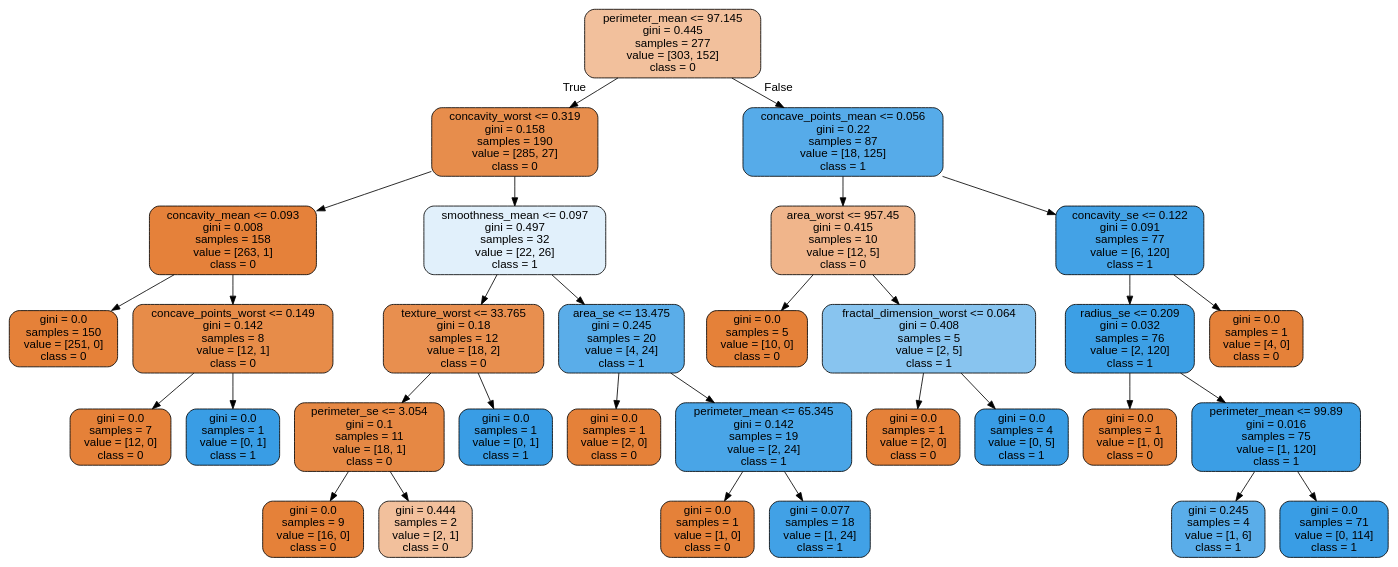
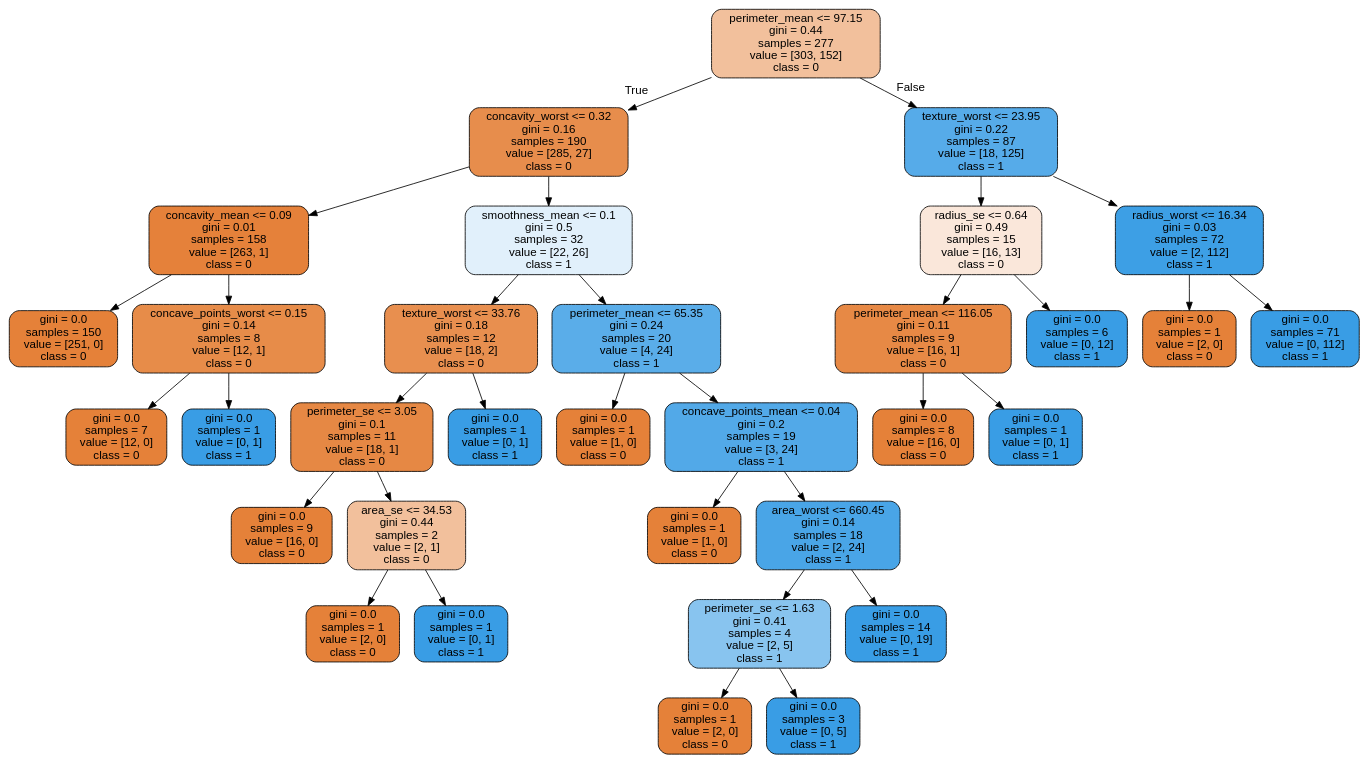
One commit to cyrilvincent/DL changed the diagram in data/breast-cancer/tree.dot. Above: the diagram before and after it, drawn with Graphviz. The commit also changed 2 other files, not shown here.

```diff
--- a/data/breast-cancer/tree.dot
+++ b/data/breast-cancer/tree.dot
@@ -1,65 +1,69 @@
 digraph Tree {
 node [shape=box, style="filled, rounded", color="black", fontname="helvetica"] ;
 edge [fontname="helvetica"] ;
-0 [label="perimeter_mean <= 97.145\ngini = 0.445\nsamples = 277\nvalue = [303, 152]\nclass = 0", fillcolor="#f2c09c"] ;
-1 [label="concavity_worst <= 0.319\ngini = 0.158\nsamples = 190\nvalue = [285, 27]\nclass = 0", fillcolor="#e78d4c"] ;
+0 [label="perimeter_mean <= 97.15\ngini = 0.44\nsamples = 277\nvalue = [303, 152]\nclass = 0", fillcolor="#f2c09c"] ;
+1 [label="concavity_worst <= 0.32\ngini = 0.16\nsamples = 190\nvalue = [285, 27]\nclass = 0", fillcolor="#e78d4c"] ;
 0 -> 1 [labeldistance=2.5, labelangle=45, headlabel="True"] ;
-2 [label="concavity_mean <= 0.093\ngini = 0.008\nsamples = 158\nvalue = [263, 1]\nclass = 0", fillcolor="#e5813a"] ;
+2 [label="concavity_mean <= 0.09\ngini = 0.01\nsamples = 158\nvalue = [263, 1]\nclass = 0", fillcolor="#e5813a"] ;
 1 -> 2 ;
 3 [label="gini = 0.0\nsamples = 150\nvalue = [251, 0]\nclass = 0", fillcolor="#e58139"] ;
 2 -> 3 ;
-4 [label="concave_points_worst <= 0.149\ngini = 0.142\nsamples = 8\nvalue = [12, 1]\nclass = 0", fillcolor="#e78c49"] ;
+4 [label="concave_points_worst <= 0.15\ngini = 0.14\nsamples = 8\nvalue = [12, 1]\nclass = 0", fillcolor="#e78c49"] ;
 2 -> 4 ;
 5 [label="gini = 0.0\nsamples = 7\nvalue = [12, 0]\nclass = 0", fillcolor="#e58139"] ;
 4 -> 5 ;
 6 [label="gini = 0.0\nsamples = 1\nvalue = [0, 1]\nclass = 1", fillcolor="#399de5"] ;
 4 -> 6 ;
-7 [label="smoothness_mean <= 0.097\ngini = 0.497\nsamples = 32\nvalue = [22, 26]\nclass = 1", fillcolor="#e1f0fb"] ;
+7 [label="smoothness_mean <= 0.1\ngini = 0.5\nsamples = 32\nvalue = [22, 26]\nclass = 1", fillcolor="#e1f0fb"] ;
 1 -> 7 ;
-8 [label="texture_worst <= 33.765\ngini = 0.18\nsamples = 12\nvalue = [18, 2]\nclass = 0", fillcolor="#e88f4f"] ;
+8 [label="texture_worst <= 33.76\ngini = 0.18\nsamples = 12\nvalue = [18, 2]\nclass = 0", fillcolor="#e88f4f"] ;
 7 -> 8 ;
-9 [label="perimeter_se <= 3.054\ngini = 0.1\nsamples = 11\nvalue = [18, 1]\nclass = 0", fillcolor="#e68844"] ;
+9 [label="perimeter_se <= 3.05\ngini = 0.1\nsamples = 11\nvalue = [18, 1]\nclass = 0", fillcolor="#e68844"] ;
 8 -> 9 ;
 10 [label="gini = 0.0\nsamples = 9\nvalue = [16, 0]\nclass = 0", fillcolor="#e58139"] ;
 9 -> 10 ;
-11 [label="gini = 0.444\nsamples = 2\nvalue = [2, 1]\nclass = 0", fillcolor="#f2c09c"] ;
+11 [label="area_se <= 34.53\ngini = 0.44\nsamples = 2\nvalue = [2, 1]\nclass = 0", fillcolor="#f2c09c"] ;
 9 -> 11 ;
-12 [label="gini = 0.0\nsamples = 1\nvalue = [0, 1]\nclass = 1", fillcolor="#399de5"] ;
-8 -> 12 ;
-13 [label="area_se <= 13.475\ngini = 0.245\nsamples = 20\nvalue = [4, 24]\nclass = 1", fillcolor="#5aade9"] ;
-7 -> 13 ;
-14 [label="gini = 0.0\nsamples = 1\nvalue = [2, 0]\nclass = 0", fillcolor="#e58139"] ;
-13 -> 14 ;
-15 [label="perimeter_mean <= 65.345\ngini = 0.142\nsamples = 19\nvalue = [2, 24]\nclass = 1", fillcolor="#49a5e7"] ;
-13 -> 15 ;
+12 [label="gini = 0.0\nsamples = 1\nvalue = [2, 0]\nclass = 0", fillcolor="#e58139"] ;
+11 -> 12 ;
+13 [label="gini = 0.0\nsamples = 1\nvalue = [0, 1]\nclass = 1", fillcolor="#399de5"] ;
+11 -> 13 ;
+14 [label="gini = 0.0\nsamples = 1\nvalue = [0, 1]\nclass = 1", fillcolor="#399de5"] ;
+8 -> 14 ;
+15 [label="perimeter_mean <= 65.35\ngini = 0.24\nsamples = 20\nvalue = [4, 24]\nclass = 1", fillcolor="#5aade9"] ;
+7 -> 15 ;
 16 [label="gini = 0.0\nsamples = 1\nvalue = [1, 0]\nclass = 0", fillcolor="#e58139"] ;
 15 -> 16 ;
-17 [label="gini = 0.077\nsamples = 18\nvalue = [1, 24]\nclass = 1", fillcolor="#41a1e6"] ;
+17 [label="concave_points_mean <= 0.04\ngini = 0.2\nsamples = 19\nvalue = [3, 24]\nclass = 1", fillcolor="#52a9e8"] ;
 15 -> 17 ;
-18 [label="concave_points_mean <= 0.056\ngini = 0.22\nsamples = 87\nvalue = [18, 125]\nclass = 1", fillcolor="#56abe9"] ;
-0 -> 18 [labeldistance=2.5, labelangle=-45, headlabel="False"] ;
-19 [label="area_worst <= 957.45\ngini = 0.415\nsamples = 10\nvalue = [12, 5]\nclass = 0", fillcolor="#f0b58b"] ;
-18 -> 19 ;
-20 [label="gini = 0.0\nsamples = 5\nvalue = [10, 0]\nclass = 0", fillcolor="#e58139"] ;
+18 [label="gini = 0.0\nsamples = 1\nvalue = [1, 0]\nclass = 0", fillcolor="#e58139"] ;
+17 -> 18 ;
+19 [label="area_worst <= 660.45\ngini = 0.14\nsamples = 18\nvalue = [2, 24]\nclass = 1", fillcolor="#49a5e7"] ;
+17 -> 19 ;
+20 [label="perimeter_se <= 1.63\ngini = 0.41\nsamples = 4\nvalue = [2, 5]\nclass = 1", fillcolor="#88c4ef"] ;
 19 -> 20 ;
-21 [label="fractal_dimension_worst <= 0.064\ngini = 0.408\nsamples = 5\nvalue = [2, 5]\nclass = 1", fillcolor="#88c4ef"] ;
-19 -> 21 ;
-22 [label="gini = 0.0\nsamples = 1\nvalue = [2, 0]\nclass = 0", fillcolor="#e58139"] ;
-21 -> 22 ;
-23 [label="gini = 0.0\nsamples = 4\nvalue = [0, 5]\nclass = 1", fillcolor="#399de5"] ;
-21 -> 23 ;
-24 [label="concavity_se <= 0.122\ngini = 0.091\nsamples = 77\nvalue = [6, 120]\nclass = 1", fillcolor="#43a2e6"] ;
-18 -> 24 ;
-25 [label="radius_se <= 0.209\ngini = 0.032\nsamples = 76\nvalue = [2, 120]\nclass = 1", fillcolor="#3c9fe5"] ;
+21 [label="gini = 0.0\nsamples = 1\nvalue = [2, 0]\nclass = 0", fillcolor="#e58139"] ;
+20 -> 21 ;
+22 [label="gini = 0.0\nsamples = 3\nvalue = [0, 5]\nclass = 1", fillcolor="#399de5"] ;
+20 -> 22 ;
+23 [label="gini = 0.0\nsamples = 14\nvalue = [0, 19]\nclass = 1", fillcolor="#399de5"] ;
+19 -> 23 ;
+24 [label="texture_worst <= 23.95\ngini = 0.22\nsamples = 87\nvalue = [18, 125]\nclass = 1", fillcolor="#56abe9"] ;
+0 -> 24 [labeldistance=2.5, labelangle=-45, headlabel="False"] ;
+25 [label="radius_se <= 0.64\ngini = 0.49\nsamples = 15\nvalue = [16, 13]\nclass = 0", fillcolor="#fae7da"] ;
 24 -> 25 ;
-26 [label="gini = 0.0\nsamples = 1\nvalue = [1, 0]\nclass = 0", fillcolor="#e58139"] ;
+26 [label="perimeter_mean <= 116.05\ngini = 0.11\nsamples = 9\nvalue = [16, 1]\nclass = 0", fillcolor="#e78945"] ;
 25 -> 26 ;
-27 [label="perimeter_mean <= 99.89\ngini = 0.016\nsamples = 75\nvalue = [1, 120]\nclass = 1", fillcolor="#3b9ee5"] ;
-25 -> 27 ;
-28 [label="gini = 0.245\nsamples = 4\nvalue = [1, 6]\nclass = 1", fillcolor="#5aade9"] ;
-27 -> 28 ;
-29 [label="gini = 0.0\nsamples = 71\nvalue = [0, 114]\nclass = 1", fillcolor="#399de5"] ;
-27 -> 29 ;
-30 [label="gini = 0.0\nsamples = 1\nvalue = [4, 0]\nclass = 0", fillcolor="#e58139"] ;
+27 [label="gini = 0.0\nsamples = 8\nvalue = [16, 0]\nclass = 0", fillcolor="#e58139"] ;
+26 -> 27 ;
+28 [label="gini = 0.0\nsamples = 1\nvalue = [0, 1]\nclass = 1", fillcolor="#399de5"] ;
+26 -> 28 ;
+29 [label="gini = 0.0\nsamples = 6\nvalue = [0, 12]\nclass = 1", fillcolor="#399de5"] ;
+25 -> 29 ;
+30 [label="radius_worst <= 16.34\ngini = 0.03\nsamples = 72\nvalue = [2, 112]\nclass = 1", fillcolor="#3d9fe5"] ;
 24 -> 30 ;
+31 [label="gini = 0.0\nsamples = 1\nvalue = [2, 0]\nclass = 0", fillcolor="#e58139"] ;
+30 -> 31 ;
+32 [label="gini = 0.0\nsamples = 71\nvalue = [0, 112]\nclass = 1", fillcolor="#399de5"] ;
+30 -> 32 ;
 }
```
